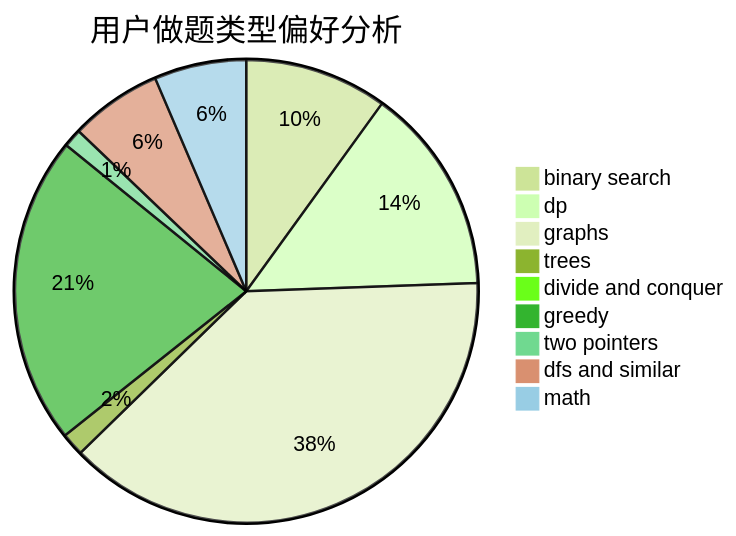
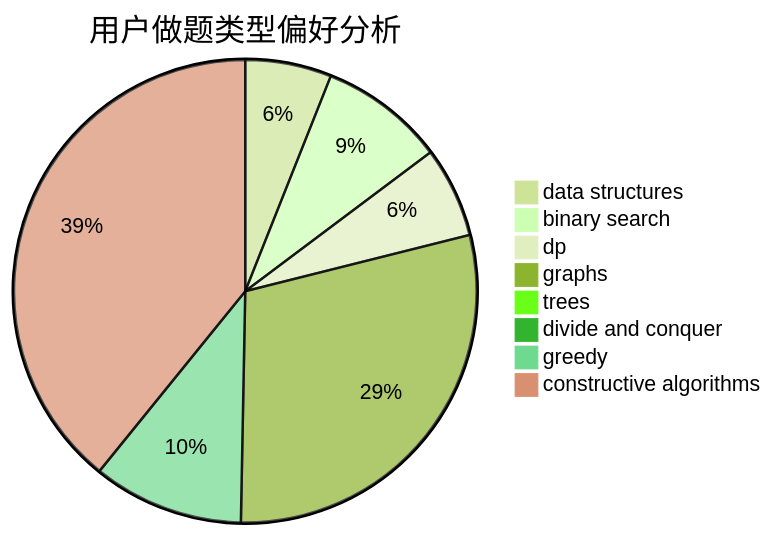
Before and after one commit to sherpahu/cfrs.github.io: the second of 3 diagrams in docs/user/u2335.md, drawn with Mermaid (forest theme). The commit also changed other lines of this file and 2775 other files, not shown here.

````diff
--- a/docs/user/u2335.md
+++ b/docs/user/u2335.md
@@ -23,12 +23,11 @@
 ```mermaid
 pie title 用户做题类型偏好分析
-    "binary search" :  31
-    "dp" :  45
-    "graphs" :  119
-    "trees" :  5
+    "data structures" :  20
+    "binary search" :  29
+    "dp" :  21
+    "graphs" :  97
+    "trees" :  0
     "divide and conquer" :  3
-    "greedy" :  67
-    "two pointers" :  4
-    "dfs and similar" :  20
-    "math" :  20
+    "greedy" :  35
+    "constructive algorithms" :  130
 ```
````
